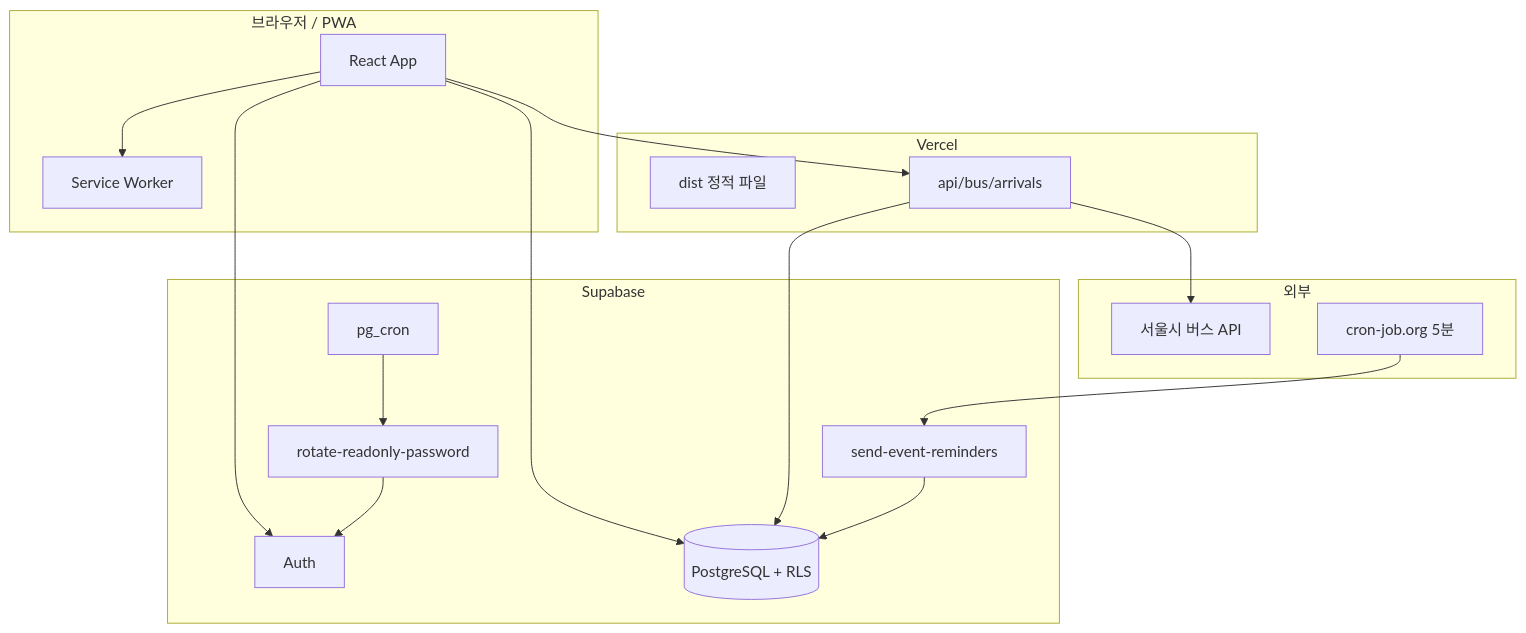
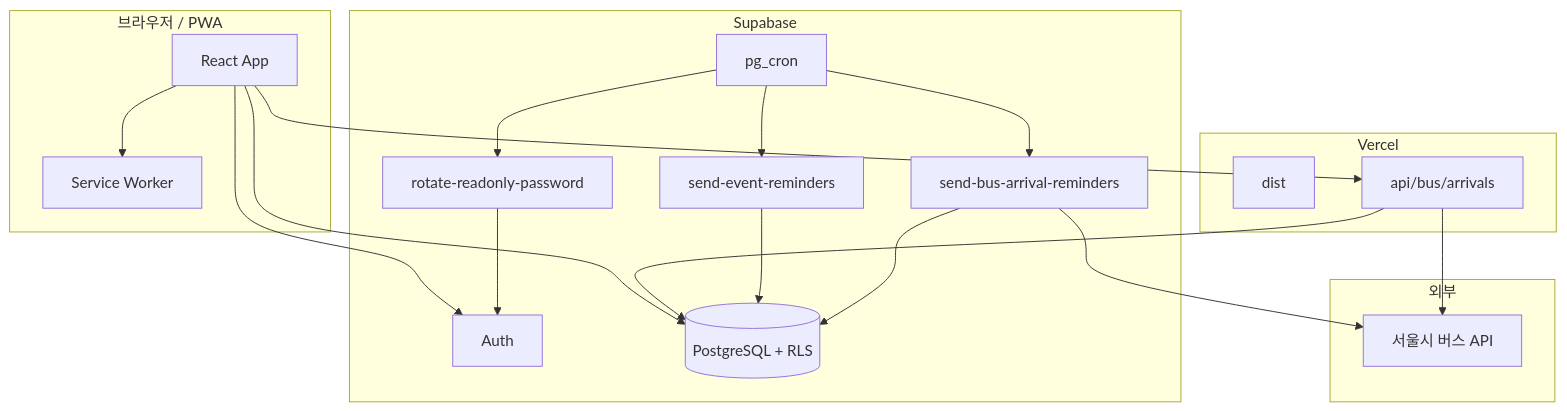
One commit to teunteunsdady/dashboard changed the diagram in docs/features-overview.md. Above: the diagram before and after it, drawn with Mermaid. The commit also changed other lines of this file and 9 other files, not shown here.

````diff
--- a/docs/features-overview.md
+++ b/docs/features-overview.md
@@ -108,36 +90,39 @@
 ```mermaid
 flowchart TB
   subgraph client [브라우저 / PWA]
     App[React App]
     SW[Service Worker]
   end
 
   subgraph vercel [Vercel]
-    SPA[dist 정적 파일]
+    SPA[dist]
     BusAPI["api/bus/arrivals"]
   end
 
   subgraph supabase [Supabase]
     Auth[Auth]
     DB[(PostgreSQL + RLS)]
     EF1[send-event-reminders]
-    EF2[rotate-readonly-password]
+    EF2[send-bus-arrival-reminders]
+    EF3[rotate-readonly-password]
     Cron[pg_cron]
   end
 
   subgraph external [외부]
     Seoul[서울시 버스 API]
-    CronJob[cron-job.org 5분]
   end
 
   App --> Auth
   App --> DB
   App --> SW
   App --> BusAPI
   BusAPI --> DB
   BusAPI --> Seoul
-  CronJob --> EF1
+  Cron --> EF1
   Cron --> EF2
+  Cron --> EF3
   EF1 --> DB
-  EF2 --> Auth
+  EF2 --> DB
+  EF2 --> Seoul
+  EF3 --> Auth
 ```
````
